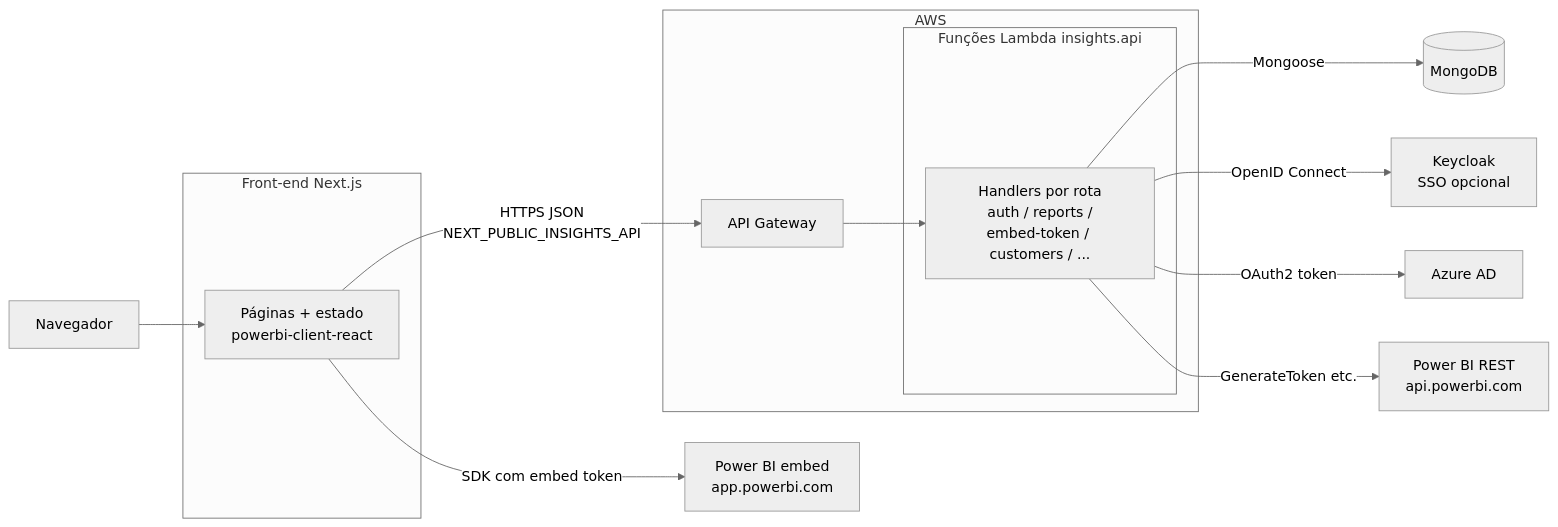
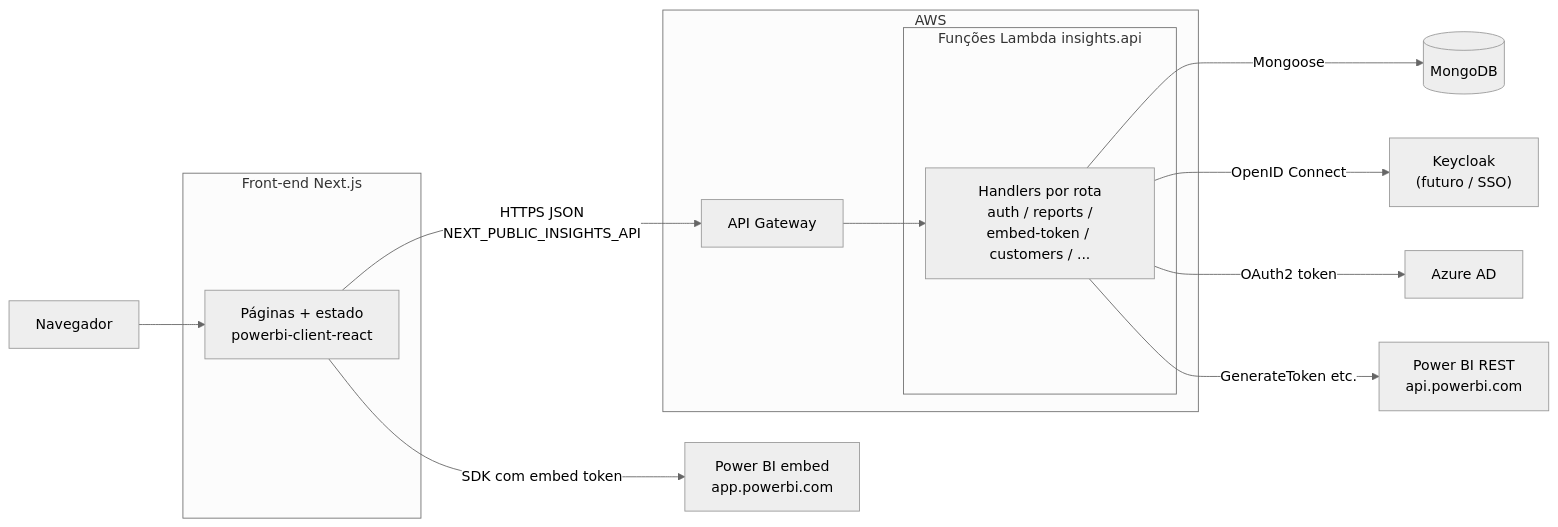
The first of 3 diagrams in README.md (reluviari/insights-platform), drawn with Mermaid (neutral theme) before and after one commit. The commit also changed other lines of this file and 8 other files, not shown here.

````diff
--- a/README.md
+++ b/README.md
@@ -28,30 +28,30 @@
 ```mermaid
 graph LR
     Browser["Navegador"]
 
     subgraph FrontApp["Front-end Next.js"]
         NextUi["Páginas + estado\npowerbi-client-react"]
     end
 
     subgraph AwsCloud["AWS"]
         APIGW["API Gateway"]
         subgraph LambdaFns["Funções Lambda insights.api"]
             Handlers["Handlers por rota\nauth / reports /\nembed-token / customers / ..."]
         end
     end
 
     MongoDb[("MongoDB")]
-    KeycloakSvc["Keycloak\nSSO opcional"]
+    KeycloakSvc["Keycloak\n(futuro / SSO)"]
     AzureAd["Azure AD"]
     PowerBiApi["Power BI REST\napi.powerbi.com"]
     PowerBiHost["Power BI embed\napp.powerbi.com"]
 
     Browser --> NextUi
     NextUi -->|"HTTPS JSON\nNEXT_PUBLIC_INSIGHTS_API"| APIGW
     APIGW --> Handlers
     Handlers -->|"Mongoose"| MongoDb
     Handlers -->|"OpenID Connect"| KeycloakSvc
     Handlers -->|"OAuth2 token"| AzureAd
     Handlers -->|"GenerateToken etc."| PowerBiApi
     NextUi -->|"SDK com embed token"| PowerBiHost
 ```
````
